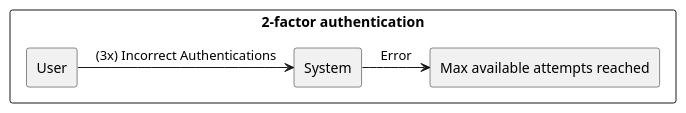
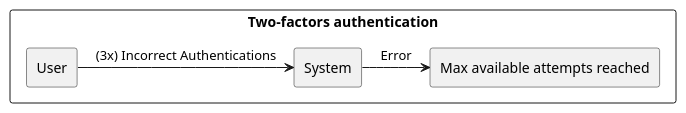
One commit to USI-MSDE-SA-2022/software-architecture-model-Travad changed the third of 11 diagrams in src/sa/model/index.md. Above: the diagram before and after it, drawn with PlantUML. The commit also changed other lines of this file and 13 other files, not shown here.

````diff
--- a/src/sa/model/index.md
+++ b/src/sa/model/index.md
@@ -286,20 +286,20 @@
 ```puml
 @startuml
 
 skinparam componentStyle rectangle
 skinparam monochrome true
 skinparam shadowing false
 
-rectangle "2-factor authentication" {
+rectangle "Two-factors authentication" {
 
 rectangle "User" as Source
 rectangle "Max available attempts reached" as Measure
 
 Source -> [System] : "(3x) Incorrect Authentications"
 
 [System] -> [Measure] : "Error"
 
 }
 
 @enduml
 ```
````
